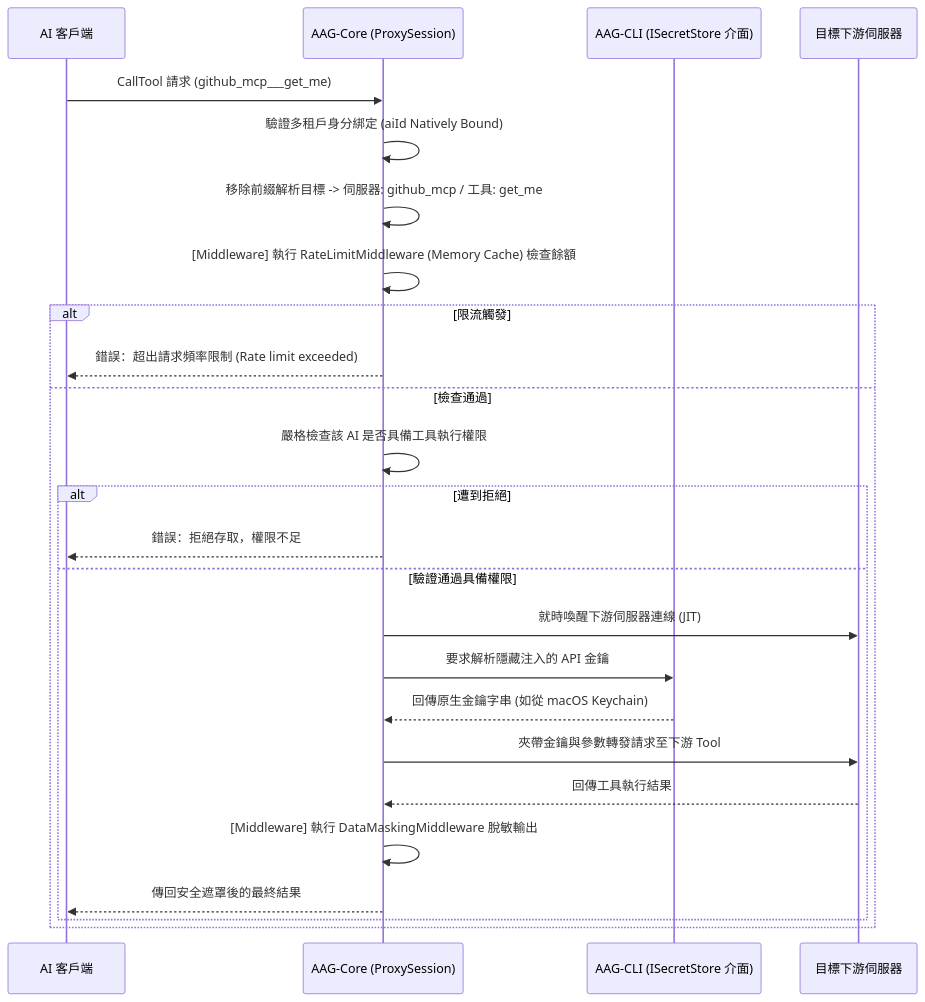
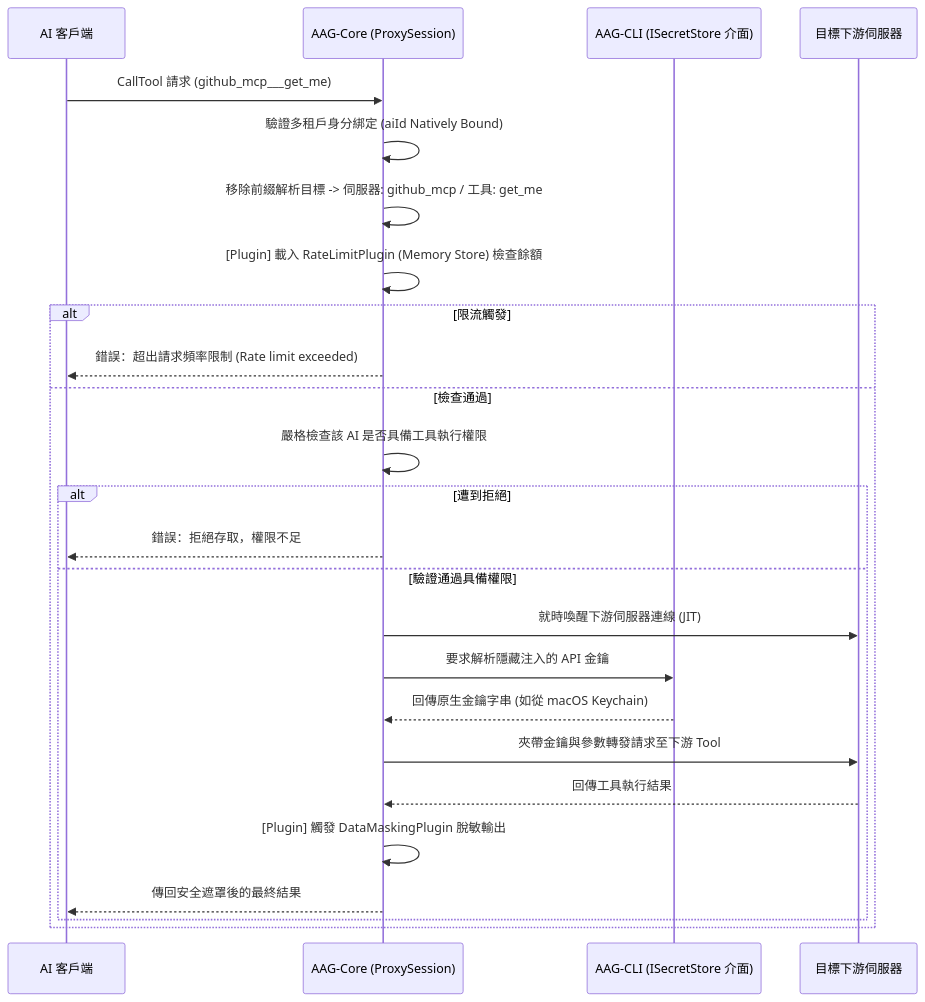
The third of 3 diagrams in ARCHITECTURE_ZH.md (Cyber-Sec-Space/ai-auth-gateway), drawn with Mermaid before and after one commit. The commit also changed other lines of this file and 3 other files, not shown here.

Commit message:
docs: adapt architecture diagrams and examples to v2.1.0 plugin ecosystem

````diff
--- a/ARCHITECTURE_ZH.md
+++ b/ARCHITECTURE_ZH.md
@@ -120,28 +120,28 @@
 ```mermaid
 sequenceDiagram
     participant AI as AI 客戶端
     participant Core as AAG-Core (ProxySession)
     participant KV as AAG-CLI (ISecretStore 介面)
     participant MCP as 目標下游伺服器
 
     AI->>Core: CallTool 請求 (github_mcp___get_me)
     Core->>Core: 驗證多租戶身分綁定 (aiId Natively Bound)
     Core->>Core: 移除前綴解析目標 -> 伺服器: github_mcp / 工具: get_me
-    Core->>Core: [Middleware] 執行 RateLimitMiddleware (Memory Cache) 檢查餘額
+    Core->>Core: [Plugin] 載入 RateLimitPlugin (Memory Store) 檢查餘額
     alt 限流觸發
         Core-->>AI: 錯誤：超出請求頻率限制 (Rate limit exceeded)
     else 檢查通過
         Core->>Core: 嚴格檢查該 AI 是否具備工具執行權限
         alt 遭到拒絕
             Core-->>AI: 錯誤：拒絕存取，權限不足
         else 驗證通過具備權限
             Core->>MCP: 就時喚醒下游伺服器連線 (JIT)
             Core->>KV: 要求解析隱藏注入的 API 金鑰
             KV-->>Core: 回傳原生金鑰字串 (如從 macOS Keychain)
             Core->>MCP: 夾帶金鑰與參數轉發請求至下游 Tool
             MCP-->>Core: 回傳工具執行結果
-            Core->>Core: [Middleware] 執行 DataMaskingMiddleware 脫敏輸出
+            Core->>Core: [Plugin] 觸發 DataMaskingPlugin 脫敏輸出
             Core-->>AI: 傳回安全遮罩後的最終結果
         end
     end
 ```
````
